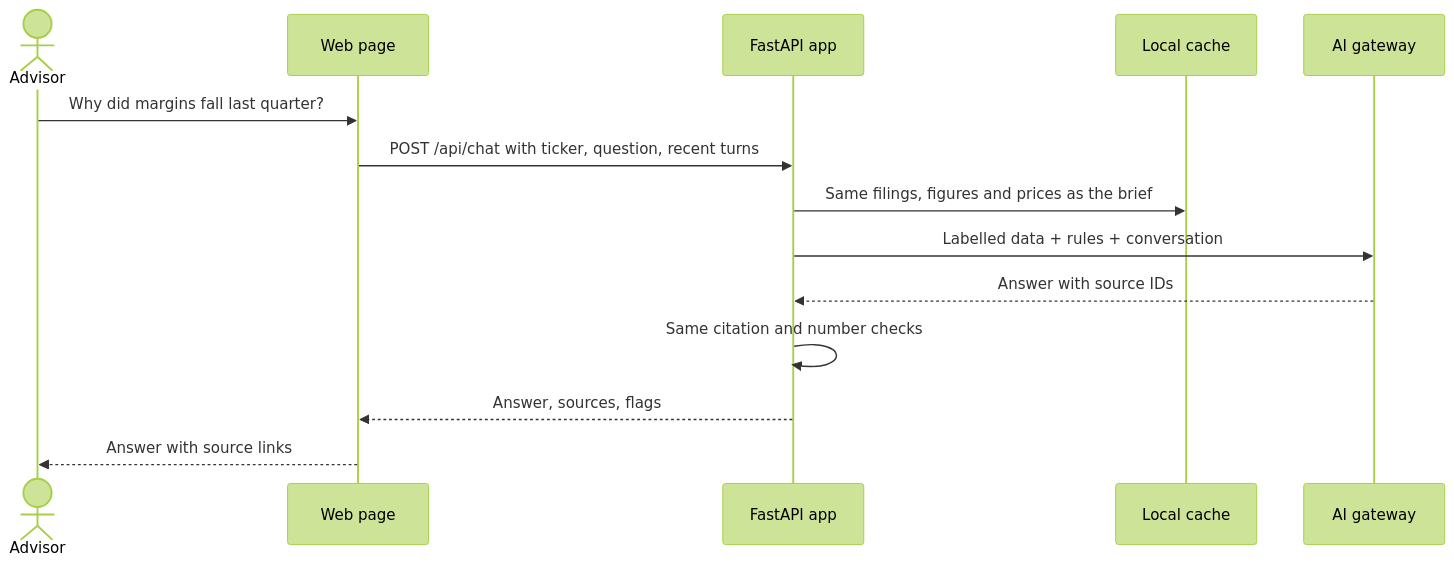
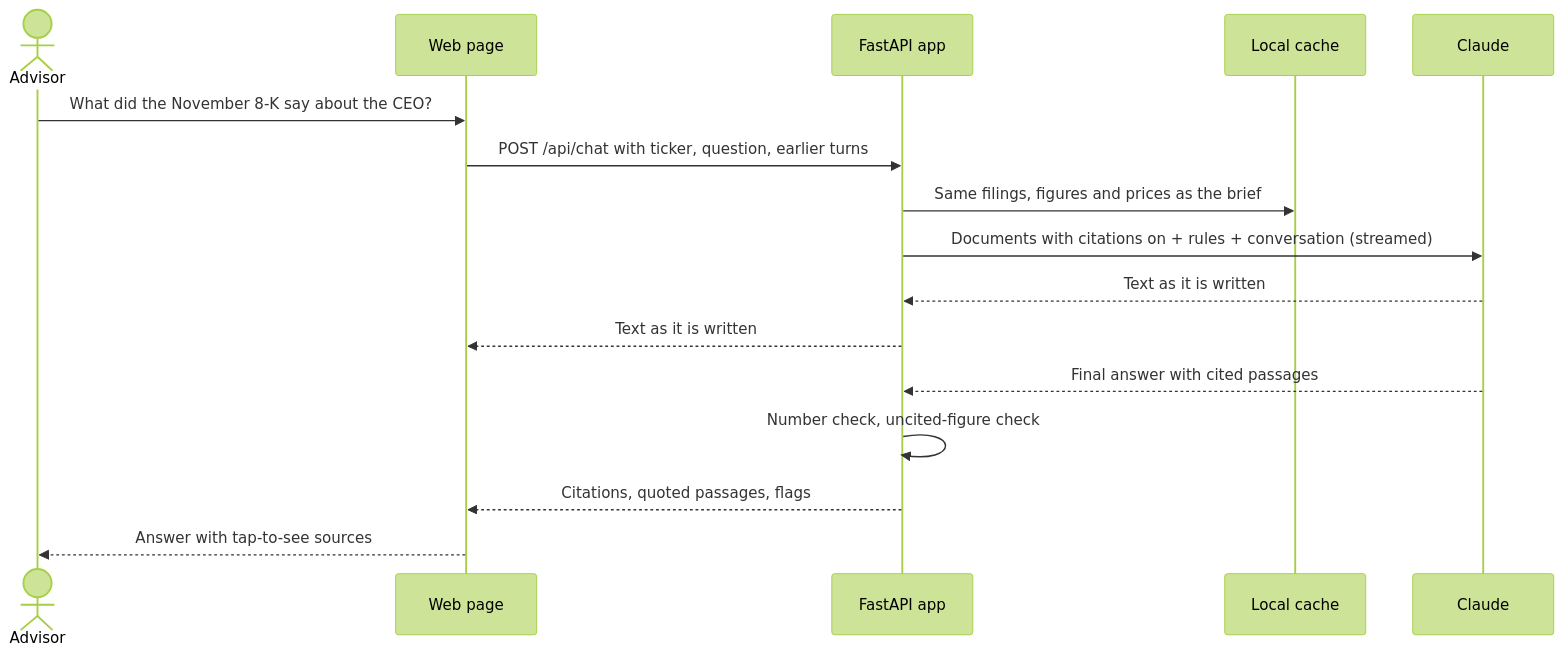
Before and after one commit to AaronNHorvitz/TickerAgent: the third of 5 diagrams in docs/ARCHITECTURE.md, drawn with Mermaid (forest theme). The commit also changed other lines of this file and 4 other files, not shown here.

First line of the commit message:
Plan Nasdaq data, Claude API chat and Lightsail deploy

````diff
--- a/docs/ARCHITECTURE.md
+++ b/docs/ARCHITECTURE.md
@@ -92,17 +103,19 @@
 ```mermaid
 sequenceDiagram
     actor A as Advisor
     participant W as Web page
     participant S as FastAPI app
     participant C as Local cache
-    participant M as AI gateway
+    participant M as Claude
 
-    A->>W: Why did margins fall last quarter?
-    W->>S: POST /api/chat with ticker, question, recent turns
+    A->>W: What did the November 8-K say about the CEO?
+    W->>S: POST /api/chat with ticker, question, earlier turns
     S->>C: Same filings, figures and prices as the brief
-    S->>M: Labelled data + rules + conversation
-    M-->>S: Answer with source IDs
-    S->>S: Same citation and number checks
-    S-->>W: Answer, sources, flags
-    W-->>A: Answer with source links
+    S->>M: Documents with citations on + rules + conversation (streamed)
+    M-->>S: Text as it is written
+    S-->>W: Text as it is written
+    M-->>S: Final answer with cited passages
+    S->>S: Number check, uncited-figure check
+    S-->>W: Citations, quoted passages, flags
+    W-->>A: Answer with tap-to-see sources
 ```
````
